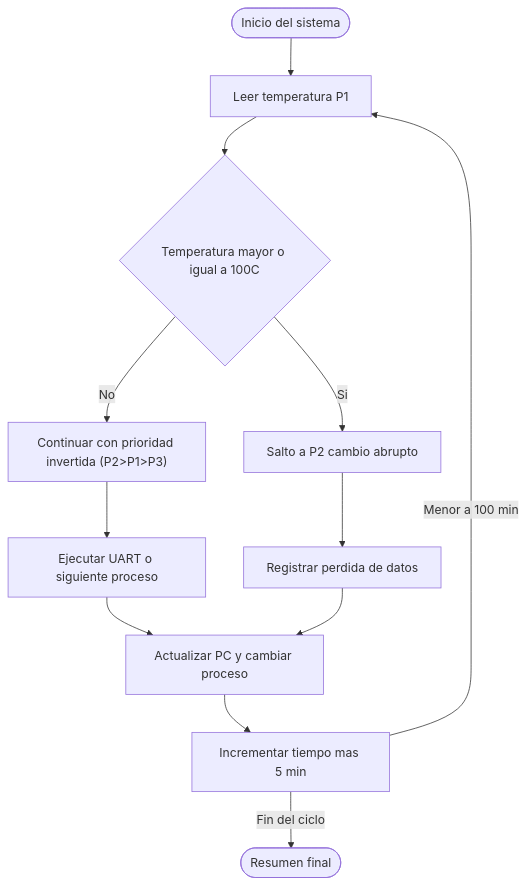
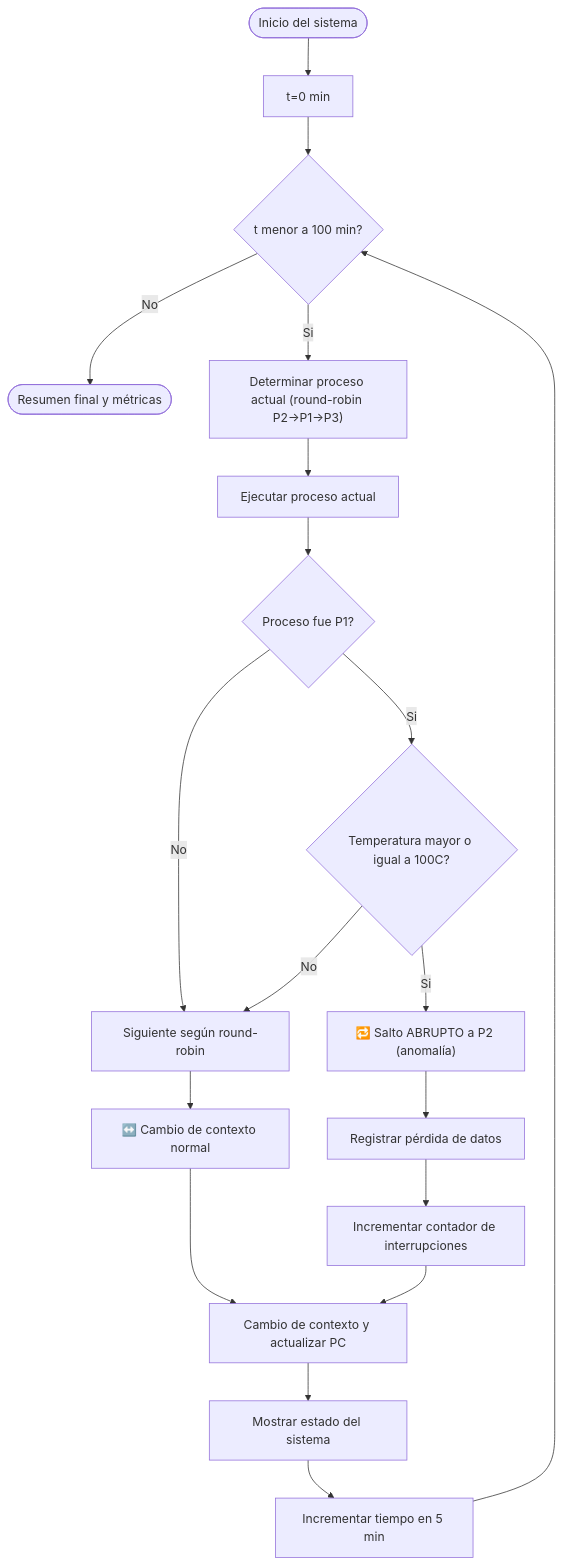
The diagram in scenario3/Escenario3_Prioridades.md (marcosotomac/Computer-Systems-Project), drawn with Mermaid before and after one commit.

Commit message:
diagrama

````diff
--- a/scenario3/Escenario3_Prioridades.md
+++ b/scenario3/Escenario3_Prioridades.md
@@ -51,14 +51,21 @@
 ```mermaid
 flowchart TD
-    A([Inicio del sistema]) --> B[Leer temperatura P1]
-    B --> C{Temperatura mayor o igual a 100C}
-    C -->|Si| D[Salto a P2 cambio abrupto]
-    C -->|No| E["Continuar con prioridad invertida (P2>P1>P3)"]
-    E --> F[Ejecutar UART o siguiente proceso]
-    D --> G[Registrar perdida de datos]
-    F --> H[Actualizar PC y cambiar proceso]
-    G --> H
-    H --> I[Incrementar tiempo mas 5 min]
-    I -->|Menor a 100 min| B
-    I -->|Fin del ciclo| J([Resumen final])
+    A([Inicio del sistema]) --> B[t=0 min]
+    B --> C{t menor a 100 min?}
+    C -->|No| Z([Resumen final y métricas])
+    C -->|Si| D["Determinar proceso actual (round-robin P2→P1→P3)"]
+    D --> E[Ejecutar proceso actual]
+    E --> F{Proceso fue P1?}
+    F -->|No| K[Siguiente según round-robin]
+    F -->|Si| G{Temperatura mayor o igual a 100C?}
+    G -->|No| K
+    G -->|Si| H["🔁 Salto ABRUPTO a P2 (anomalía)"]
+    H --> I[Registrar pérdida de datos]
+    I --> J[Incrementar contador de interrupciones]
+    J --> L[Cambio de contexto y actualizar PC]
+    K --> M["↔️ Cambio de contexto normal"]
+    M --> L
+    L --> N[Mostrar estado del sistema]
+    N --> O[Incrementar tiempo en 5 min]
+    O --> C
 ```
````
